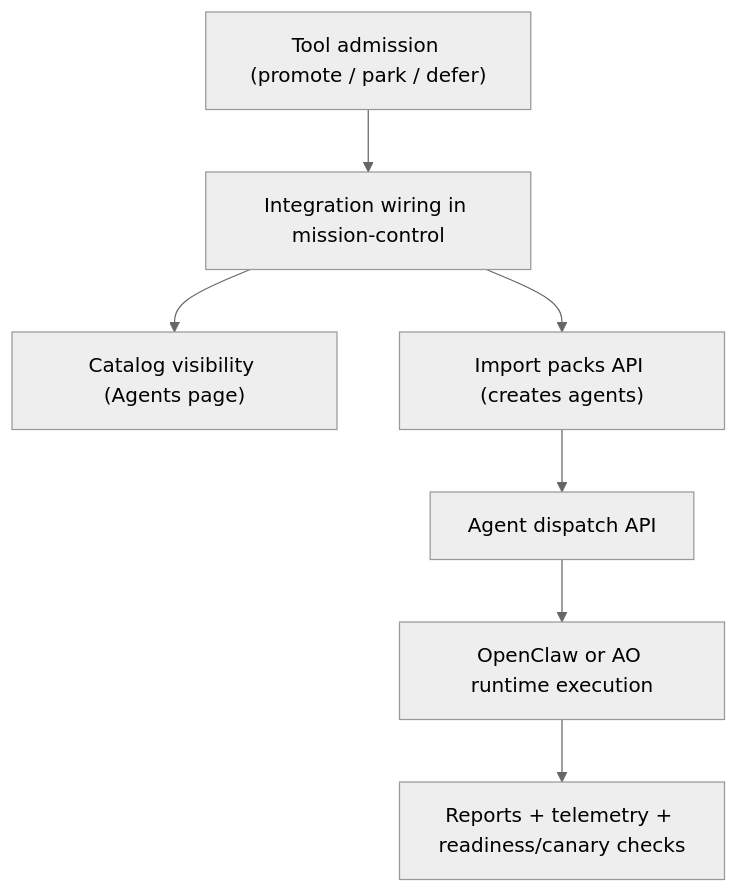
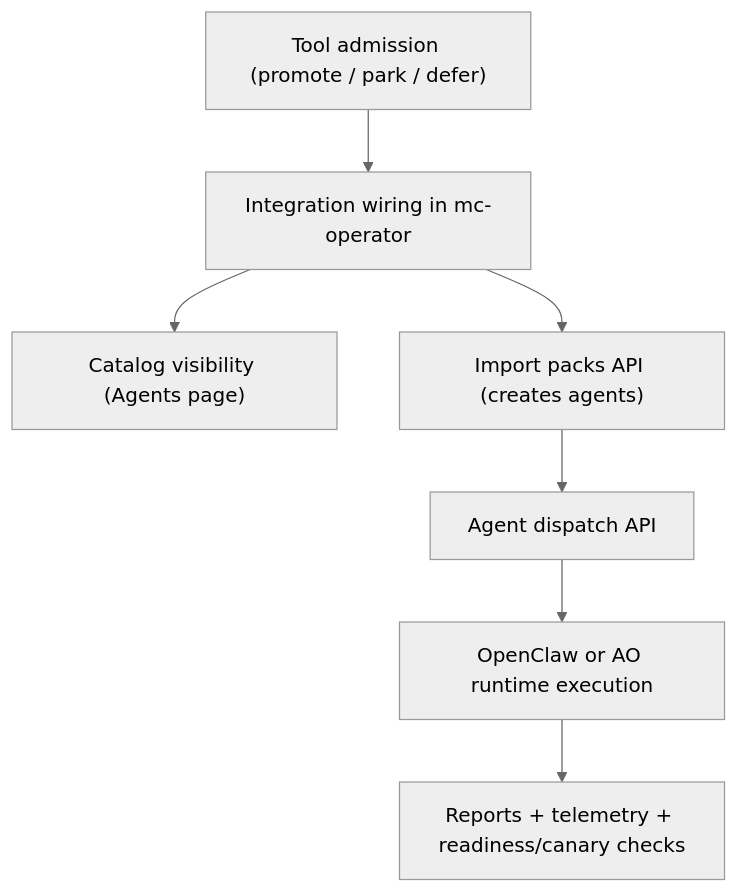
One commit to mengchheanglong/mc-operator changed the diagram in docs/DIRECTIVE_FORGE_TOOL_WORKFLOW_CHEATSHEET.md. Above: the diagram before and after it, drawn with Mermaid (neutral theme). The commit also changed other lines of this file and 5806 other files, not shown here.

````diff
--- a/docs/DIRECTIVE_FORGE_TOOL_WORKFLOW_CHEATSHEET.md
+++ b/docs/DIRECTIVE_FORGE_TOOL_WORKFLOW_CHEATSHEET.md
@@ -9,9 +9,9 @@
 ```mermaid
 flowchart TD
-  A["Tool admission (promote / park / defer)"] --> B["Integration wiring in mission-control"]
+  A["Tool admission (promote / park / defer)"] --> B["Integration wiring in mc-operator"]
   B --> C["Catalog visibility (Agents page)"]
   B --> D["Import packs API (creates agents)"]
   D --> E["Agent dispatch API"]
   E --> F["OpenClaw or AO runtime execution"]
   F --> G["Reports + telemetry + readiness/canary checks"]
 ```
````
